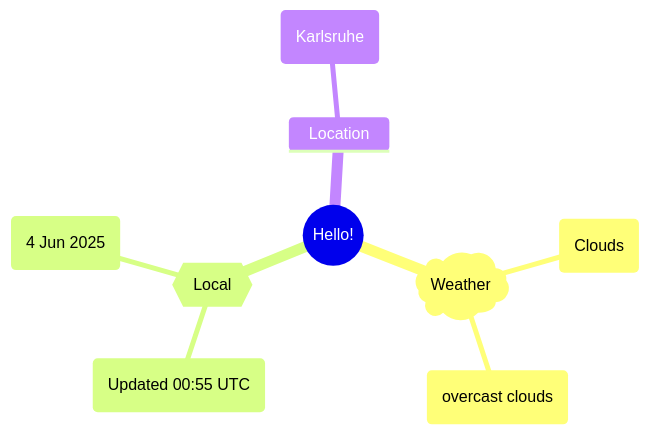
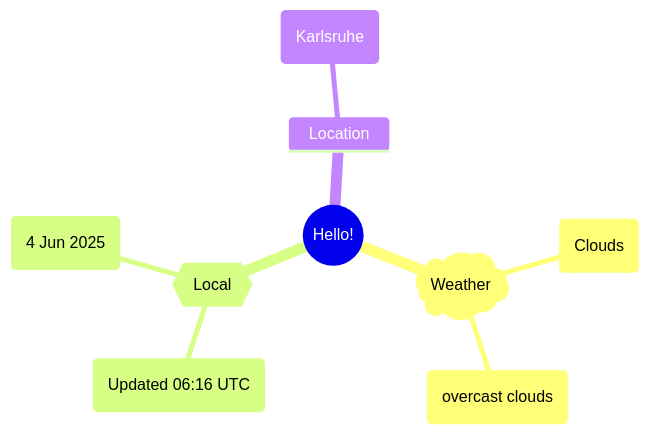
Before and after one commit to Xosrov/Xosrov: the first of 2 diagrams in README.md, drawn with Mermaid.

Commit message:
[bot] updated images

````diff
--- a/README.md
+++ b/README.md
@@ -3,12 +3,12 @@
 ```mermaid
 mindmap
   root((Hello!))
     )Weather(
         (Clouds)
         (overcast clouds)
     {{Local}}
-        (Updated 00:55 UTC)
+        (Updated 06:16 UTC)
         (4 Jun 2025)
     Location
         (Karlsruhe)
 ```
````
